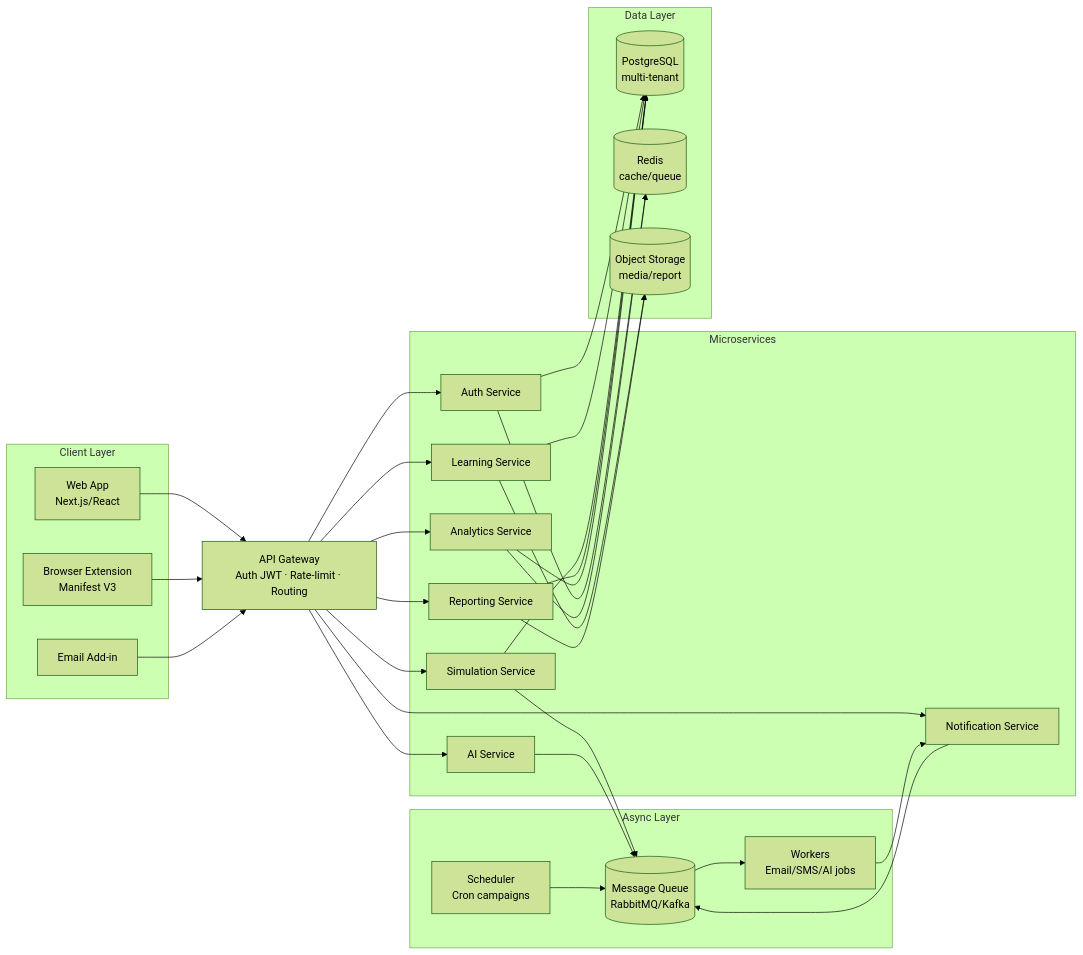
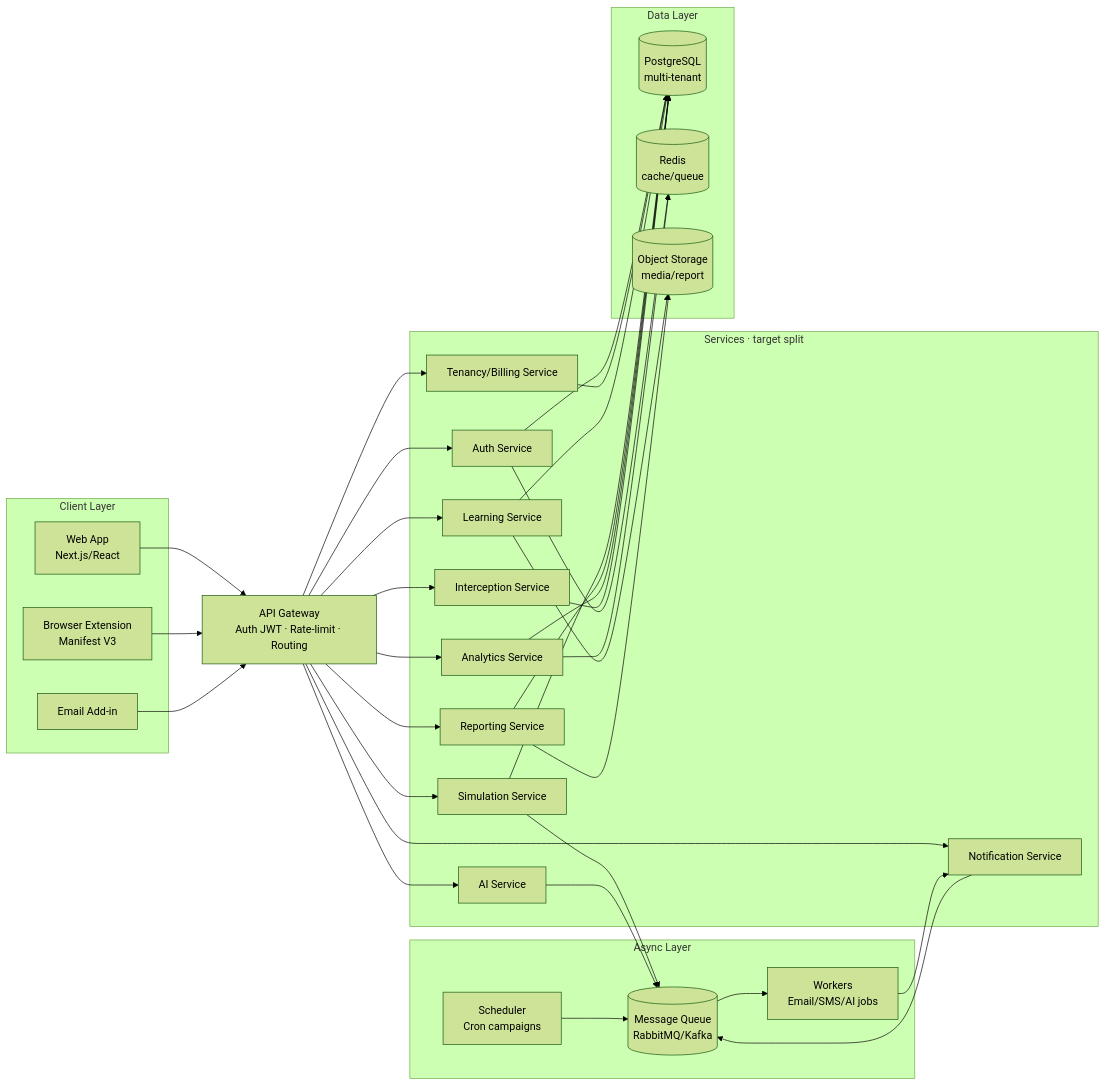
One commit to thainv1602/digishield changed the second of 29 diagrams in docs/DigiShield_Technical_Design.md. Above: the diagram before and after it, drawn with Mermaid (forest theme). The commit also changed other lines of this file, not shown here.

First line of the commit message:
docs: label the TDD component diagram as target state and complete it

````diff
--- a/docs/DigiShield_Technical_Design.md
+++ b/docs/DigiShield_Technical_Design.md
@@ -96,42 +103,44 @@
 ```mermaid
 graph LR
     subgraph Client[Client Layer]
         W[Web App<br/>Next.js/React]
         BX[Browser Extension<br/>Manifest V3]
         AD[Email Add-in]
     end
 
     GW[API Gateway<br/>Auth JWT · Rate-limit · Routing]
 
-    subgraph Svc[Microservices]
+    subgraph Svc[Services · target split]
         AUTH[Auth Service]
+        TEN[Tenancy/Billing Service]
         LRN[Learning Service]
         SIM[Simulation Service]
         REP[Reporting Service]
         ANA[Analytics Service]
         NOT[Notification Service]
         AIS[AI Service]
+        INT[Interception Service]
     end
 
     subgraph Async[Async Layer]
         MQ[(Message Queue<br/>RabbitMQ/Kafka)]
         WK[Workers<br/>Email/SMS/AI jobs]
         SCH[Scheduler<br/>Cron campaigns]
     end
 
     subgraph Data[Data Layer]
         PG[(PostgreSQL<br/>multi-tenant)]
         RD[(Redis<br/>cache/queue)]
         OS[(Object Storage<br/>media/report)]
     end
 
     W & BX & AD --> GW
-    GW --> AUTH & LRN & SIM & REP & ANA & NOT & AIS
+    GW --> AUTH & TEN & LRN & SIM & REP & ANA & NOT & AIS & INT
     SIM & NOT & AIS --> MQ
     MQ --> WK
     SCH --> MQ
-    AUTH & LRN & SIM & REP & ANA --> PG
+    AUTH & TEN & LRN & SIM & REP & ANA & INT --> PG
     AUTH & ANA --> RD
     LRN & REP --> OS
     WK --> NOT
 ```
````
